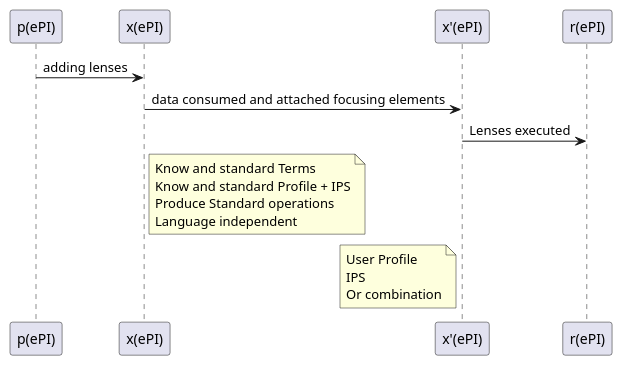
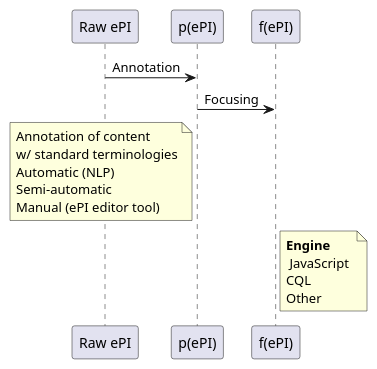
One commit to hl7-eu/gravitate-health changed the diagram in input/images-source/e2e-pipeline.plantuml. Above: the diagram before and after it, drawn with PlantUML. The commit also changed 1 other file, not shown here.

```diff
--- a/input/images-source/e2e-pipeline.plantuml
+++ b/input/images-source/e2e-pipeline.plantuml
@@ -1,21 +1,16 @@
 @startuml 
 
 
-"p(ePI)"-> "x(ePI)": adding lenses
+"Raw ePI"-> "p(ePI)": Annotation
 
 
-"x(ePI)"->"x'(ePI)": data consumed and attached focusing elements
-
-
-"x'(ePI)"->"r(ePI)": Lenses executed
+"p(ePI)"->"f(ePI)": Focusing
 
 
 
-note right of "x(ePI)": Know and standard Terms\nKnow and standard Profile + IPS\nProduce Standard operations\nLanguage independent
+note left of "p(ePI)": Annotation of content \nw/ standard terminologies\nAutomatic (NLP)\nSemi-automatic\nManual (ePI editor tool)
 
 
-
-note left of "x'(ePI)": User Profile\nIPS\nOr combination
-
+note right of "f(ePI)": **Engine**\n JavaScript \nCQL\nOther
 
 @enduml
```
